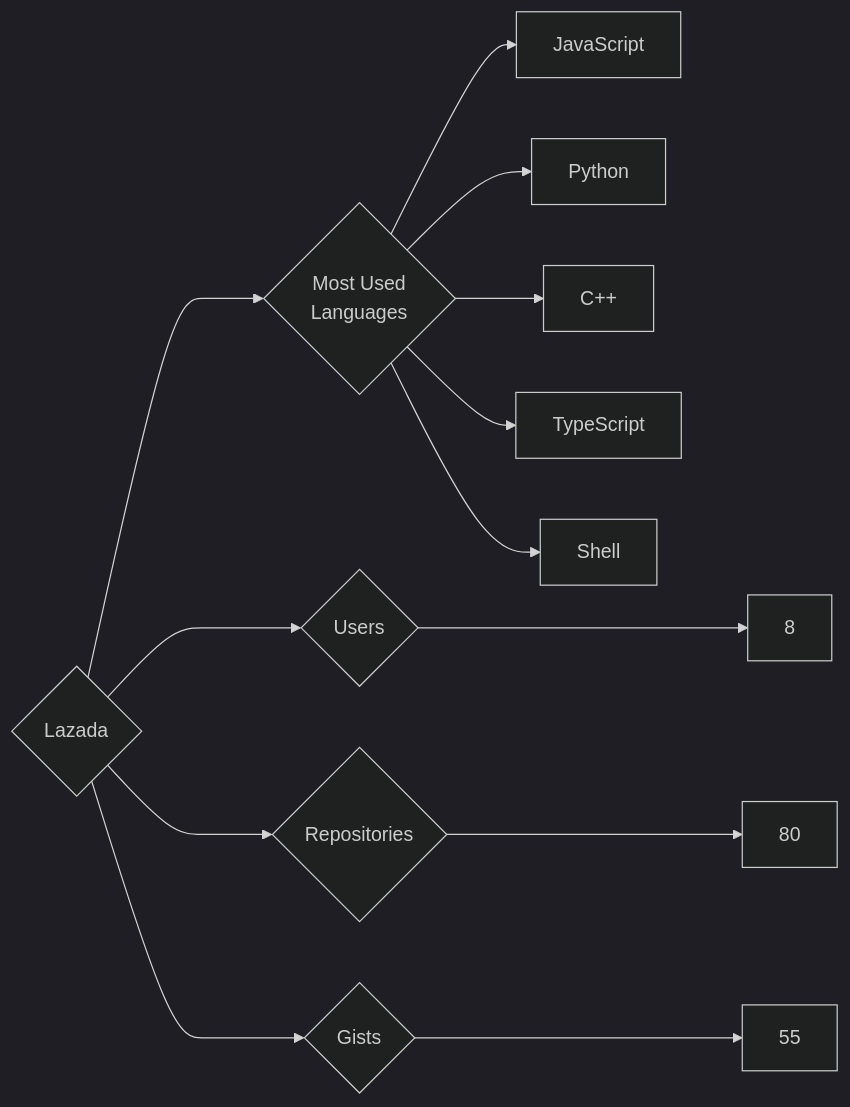
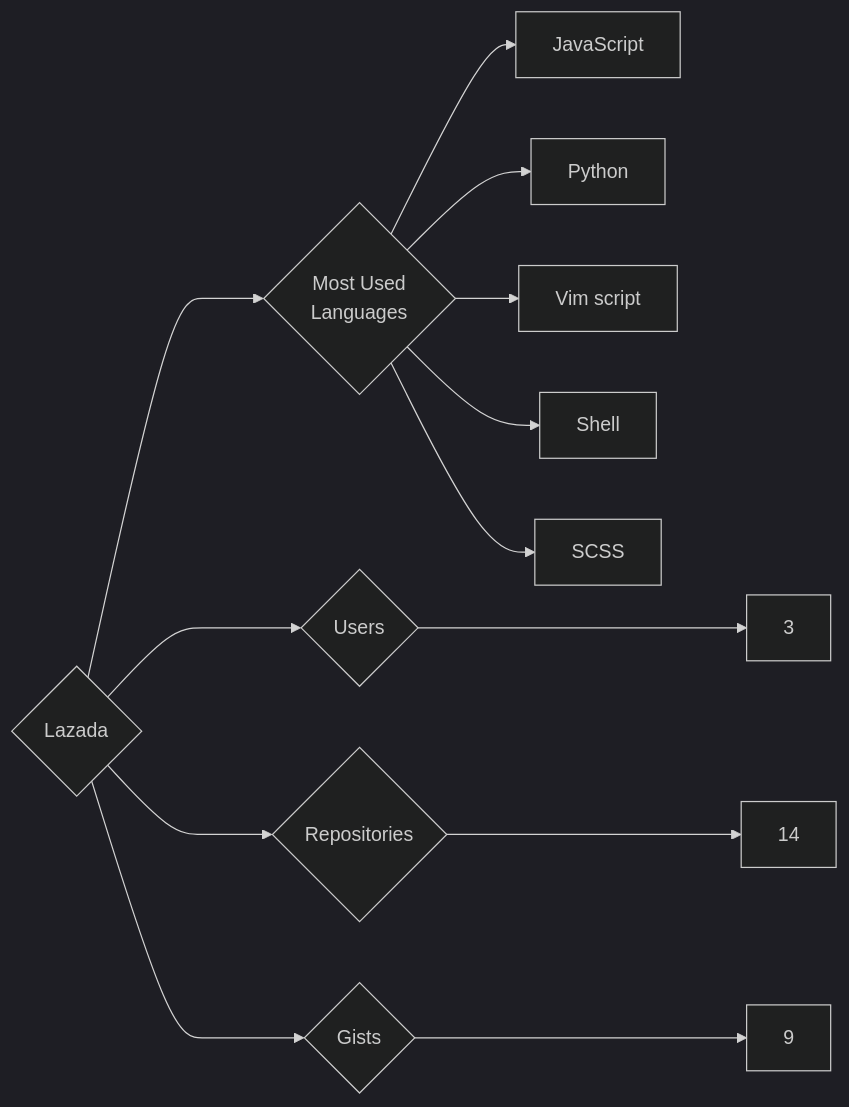
The diagram in targets/Lazada/README.md (trickest/insiders), drawn with Mermaid (dark theme) before and after one commit. The commit also changed 681 other files, not shown here.

````diff
--- a/targets/Lazada/README.md
+++ b/targets/Lazada/README.md
@@ -3,13 +3,13 @@
 ```mermaid
 graph LR
 COMPANY_NAME{Lazada}
-COMPANY_NAME ---> U{Users} ---> UN[8]
-COMPANY_NAME ---> R{Repositories} ---> RN[80]
-COMPANY_NAME ---> G{Gists} ---> GN[55]
+COMPANY_NAME ---> U{Users} ---> UN[3]
+COMPANY_NAME ---> R{Repositories} ---> RN[14]
+COMPANY_NAME ---> G{Gists} ---> GN[9]
 COMPANY_NAME ---> ML{Most Used<br>Languages}
 ML --> JavaScript[JavaScript]
 ML --> Python[Python]
-ML --> C++[C++]
-ML --> TypeScript[TypeScript]
+ML --> Vim_script[Vim script]
 ML --> Shell[Shell]
+ML --> SCSS[SCSS]
 ```
````
